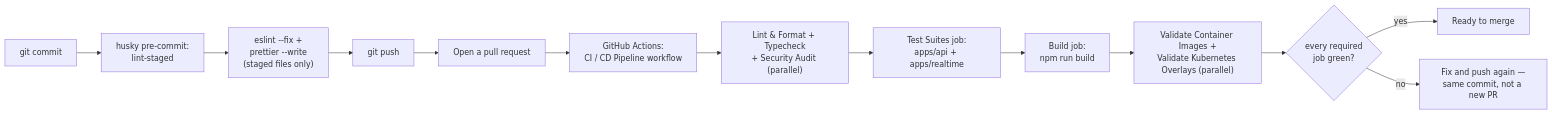
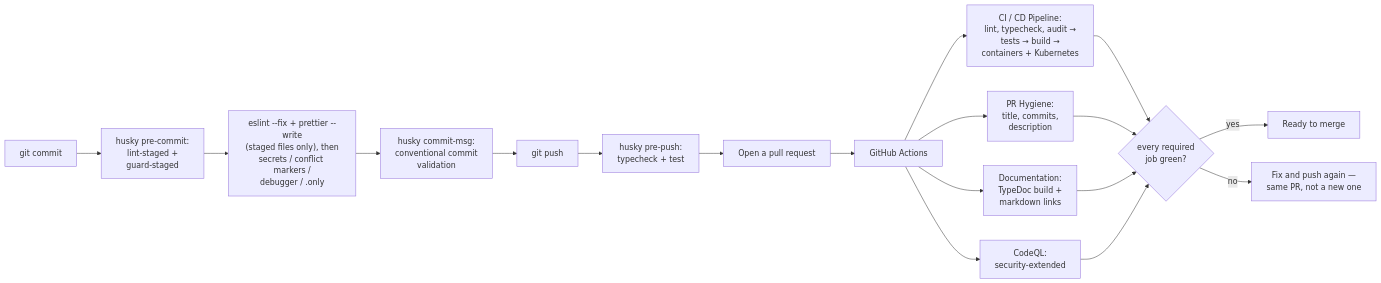
The diagram in CONTRIBUTING.md (hoangsonww/Threadline-RealTime-Collab), drawn with Mermaid before and after one commit. The commit also changed other lines of this file and 1 other file, not shown here.

````diff
--- a/CONTRIBUTING.md
+++ b/CONTRIBUTING.md
@@ -24,15 +41,20 @@
 ```mermaid
 flowchart LR
-    Commit["git commit"] --> Hook["husky pre-commit:<br/>lint-staged"]
-    Hook --> Fix["eslint --fix +<br/>prettier --write<br/>(staged files only)"]
-    Fix --> Push["git push"]
-    Push --> PR["Open a pull request"]
-    PR --> CI["GitHub Actions:<br/>CI / CD Pipeline workflow"]
-    CI --> Static["Lint & Format + Typecheck<br/>+ Security Audit (parallel)"]
-    Static --> Test["Test Suites job:<br/>apps/api + apps/realtime"]
-    Test --> Build["Build job:<br/>npm run build"]
-    Build --> Targets["Validate Container Images +<br/>Validate Kubernetes Overlays (parallel)"]
-    Targets --> Gate{"every required<br/>job green?"}
+    Commit["git commit"] --> PreCommit["husky pre-commit:<br/>lint-staged +<br/>guard-staged"]
+    PreCommit --> Fix["eslint --fix + prettier --write<br/>(staged files only), then<br/>secrets / conflict markers /<br/>debugger / .only"]
+    Fix --> Msg["husky commit-msg:<br/>conventional commit<br/>validation"]
+    Msg --> Push["git push"]
+    Push --> PrePush["husky pre-push:<br/>typecheck + test"]
+    PrePush --> PR["Open a pull request"]
+    PR --> CI["GitHub Actions"]
+    CI --> Pipeline["CI / CD Pipeline:<br/>lint, typecheck, audit →<br/>tests → build →<br/>containers + Kubernetes"]
+    CI --> Hygiene["PR Hygiene:<br/>title, commits,<br/>description"]
+    CI --> Docs["Documentation:<br/>TypeDoc build +<br/>markdown links"]
+    CI --> Scan["CodeQL:<br/>security-extended"]
+    Pipeline --> Gate{"every required<br/>job green?"}
+    Hygiene --> Gate
+    Docs --> Gate
+    Scan --> Gate
     Gate -- yes --> Merge["Ready to merge"]
-    Gate -- no --> Fail["Fix and push again —<br/>same commit, not a new PR"]
+    Gate -- no --> Fail["Fix and push again —<br/>same PR, not a new one"]
 ```
````
